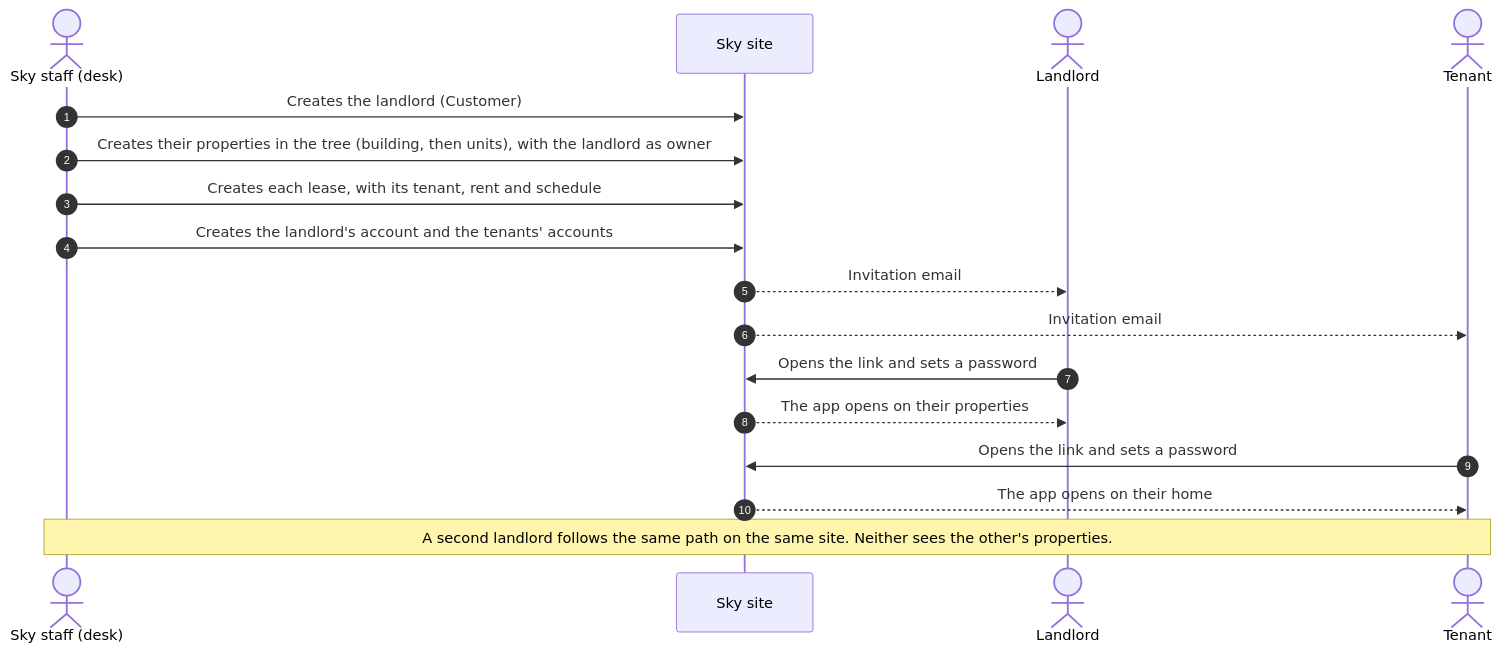
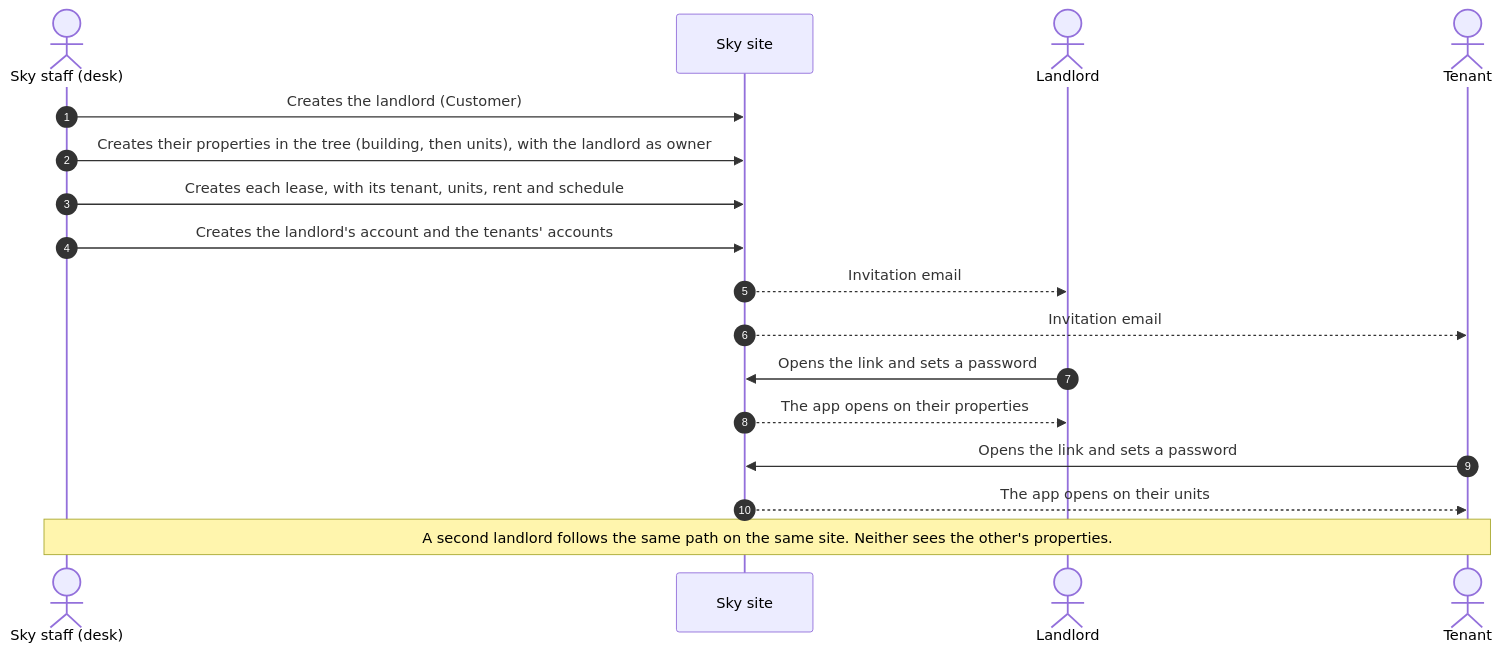
The first of 7 diagrams in doc/app-usage-flows-immo.md (skyengpro/skyeng_immo), drawn with Mermaid before and after one commit. The commit also changed other lines of this file and 4 other files, not shown here.

Commit message:
feat: update app usage flows and screens documentation for property management

````diff
--- a/doc/app-usage-flows-immo.md
+++ b/doc/app-usage-flows-immo.md
@@ -29,20 +30,20 @@
 ```mermaid
 sequenceDiagram
     autonumber
     actor S as Sky staff (desk)
     participant D as Sky site
     actor B as Landlord
     actor L as Tenant
 
     S->>D: Creates the landlord (Customer)
     S->>D: Creates their properties in the tree (building, then units), with the landlord as owner
-    S->>D: Creates each lease, with its tenant, rent and schedule
+    S->>D: Creates each lease, with its tenant, units, rent and schedule
     S->>D: Creates the landlord's account and the tenants' accounts
     D-->>B: Invitation email
     D-->>L: Invitation email
     B->>D: Opens the link and sets a password
     D-->>B: The app opens on their properties
     L->>D: Opens the link and sets a password
-    D-->>L: The app opens on their home
+    D-->>L: The app opens on their units
     Note over S,L: A second landlord follows the same path on the same site. Neither sees the other's properties.
 ```
````
